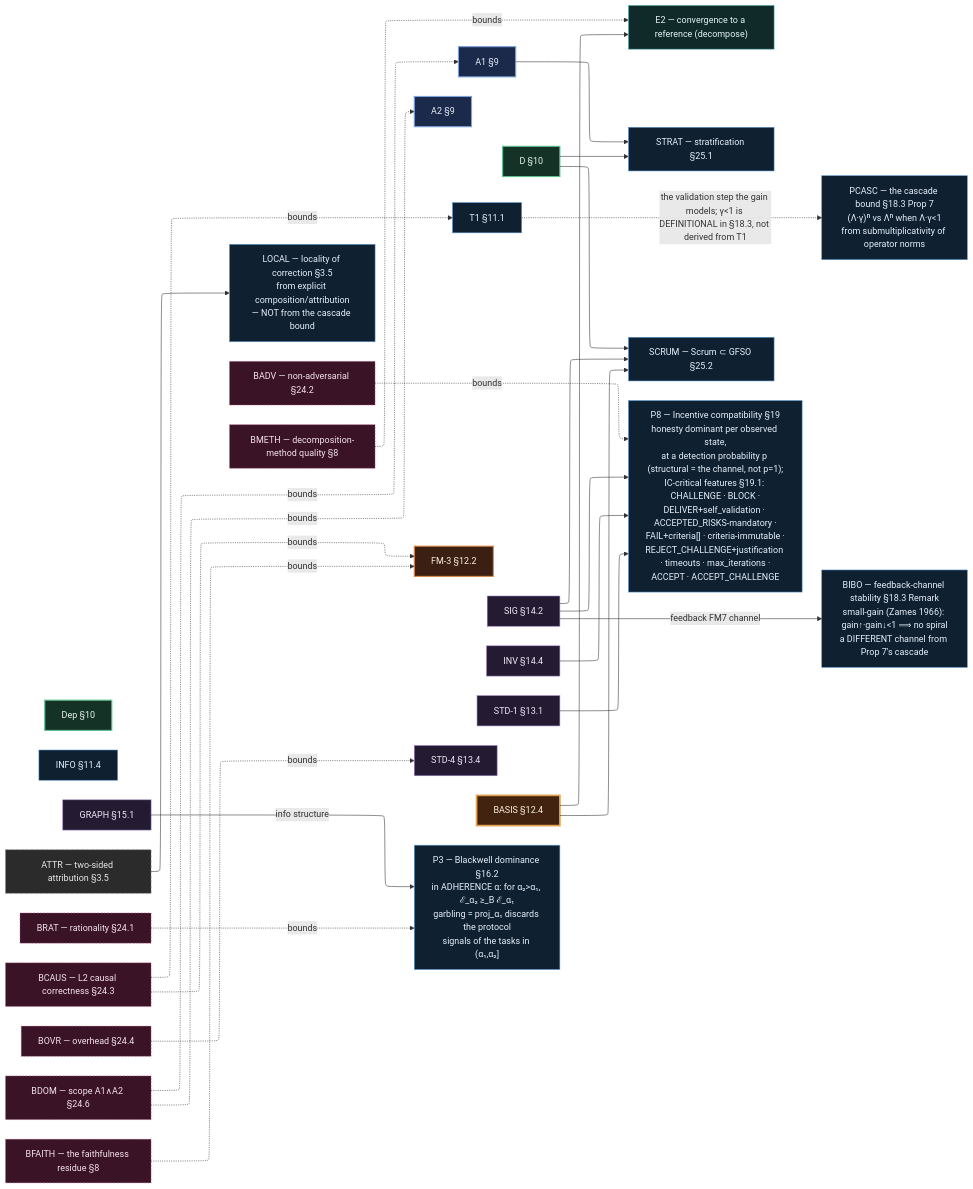
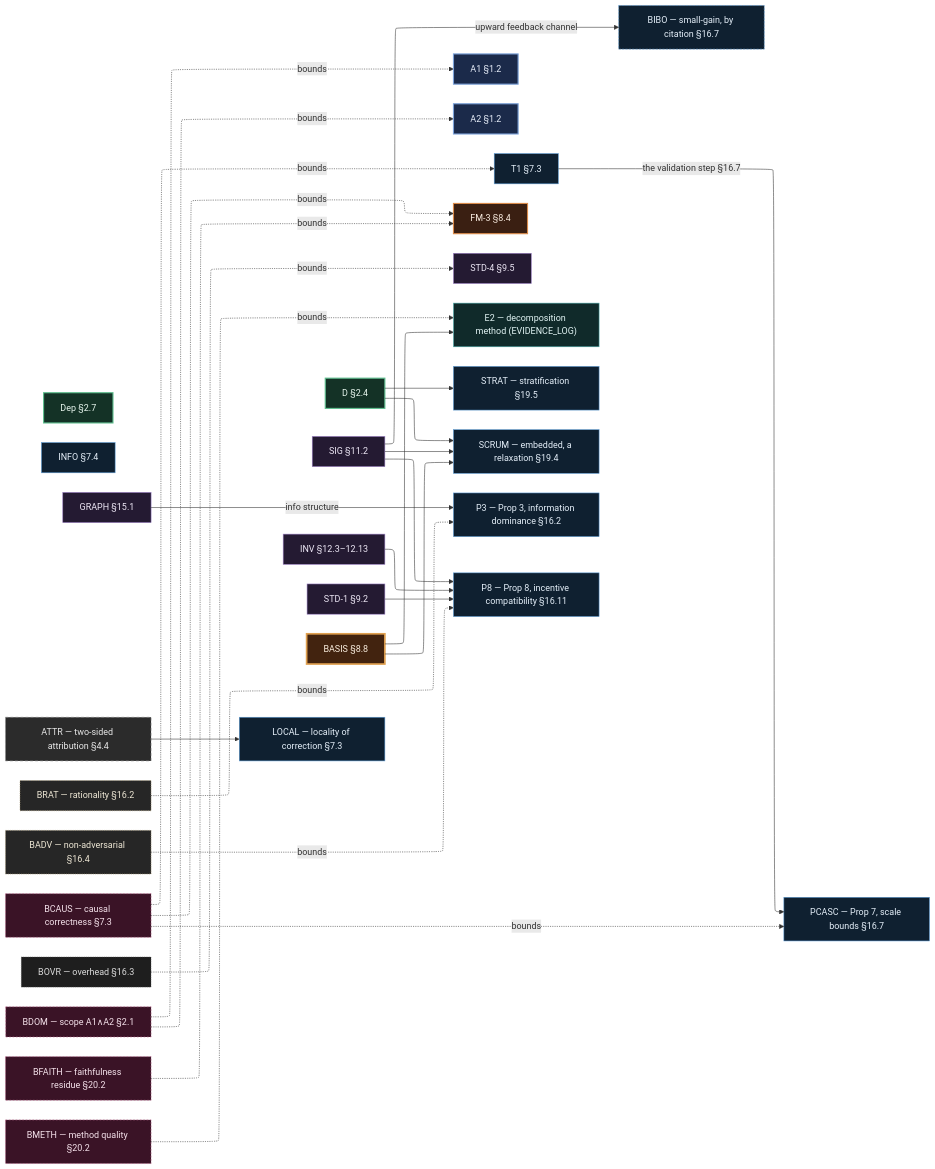
One commit to Kirill-Shokhin/GFSO changed the third of 5 diagrams in docs/gfso_dependency_map.md. Above: the diagram before and after it, drawn with Mermaid. The commit also changed other lines of this file and 57 other files, not shown here.

```diff
--- a/docs/gfso_dependency_map.md
+++ b/docs/gfso_dependency_map.md
@@ -341,63 +323,68 @@
   classDef fm fill:#3a1f12,stroke:#d98a4a,color:#fbeee2,stroke-width:2px;
   classDef guard fill:#241a32,stroke:#9b7fc4,color:#efe9f7;
   classDef bound fill:#3a1326,stroke:#c46a93,color:#f6e3ec,stroke-dasharray:3 3;
+  classDef premise fill:#262626,stroke:#b0a07a,color:#efe8d6,stroke-dasharray:2 2;
+  classDef around fill:#1e1e1e,stroke:#7a7a7a,color:#dcdcdc,stroke-dasharray:1 3;
   classDef emp fill:#102a2a,stroke:#4fb0b0,color:#e3f5f5;
   classDef basis fill:#42230f,stroke:#e0a050,color:#fdf1e2,stroke-width:3px;
   classDef ground fill:#2b2b2b,stroke:#8a8a8a,color:#e8e8e8,stroke-dasharray:5 4;
+  classDef cited fill:#0f2030,stroke:#5b9bd5,color:#e6f0fa,stroke-dasharray:4 2;
 
   %% light anchors
-  A1["A1 §9"]; A2["A2 §9"]; Dep["Dep §10"]; D["D §10"]
+  A1["A1 §1.2"]; A2["A2 §1.2"]; Dep["Dep §2.7"]; D["D §2.4"]
   class A1,A2 axiom
   class Dep,D prim
-  T1["T1 §11.1"]; INFO["INFO §11.4"]
+  T1["T1 §7.3"]; INFO["INFO §7.4"]
   class T1,INFO derived
-  FM3["FM-3 §12.2"]
+  FM3["FM-3 §8.4"]
   class FM3 fm
-  GRAPH["GRAPH §15.1"]; SIG["SIG §14.2"]; INV["INV §14.4"]; STD1["STD-1 §13.1"]; STD4["STD-4 §13.4"]; BASIS["BASIS §12.4"]
+  GRAPH["GRAPH §15.1"]; SIG["SIG §11.2"]; INV["INV §12.3–12.13"]; STD1["STD-1 §9.2"]; STD4["STD-4 §9.5"]; BASIS["BASIS §8.8"]
   class GRAPH,SIG,INV,STD1,STD4 guard
   class BASIS basis
-  ATTR["ATTR — two-sided attribution §3.5"]
+  ATTR["ATTR — two-sided attribution §4.4"]
   class ATTR ground
-  E2["E2 — convergence to a reference (decompose)"]
+  E2["E2 — decomposition method (EVIDENCE_LOG)"]
   class E2 emp
 
   %% derivative results
-  STRAT["STRAT — stratification §25.1"]
-  SCRUM["SCRUM — Scrum ⊂ GFSO §25.2"]
+  STRAT["STRAT — stratification §19.5"]
+  SCRUM["SCRUM — embedded, a relaxation §19.4"]
   class STRAT,SCRUM derived
 
-  %% Part III results
-  P3["P3 — Blackwell dominance §16.2<br/>in ADHERENCE α: for α₂&gt;α₁, ℰ_α₂ ≥_B ℰ_α₁<br/>garbling = proj_α₁ discards the protocol<br/>signals of the tasks in (α₁,α₂]"]
-  P8["P8 — Incentive compatibility §19<br/>honesty dominant per observed state,<br/>at a detection probability p (structural = the channel, not p=1);<br/>IC-critical features §19.1: CHALLENGE · BLOCK ·<br/>DELIVER+self_validation · ACCEPTED_RISKS-mandatory ·<br/>FAIL+criteria[] · criteria-immutable ·<br/>REJECT_CHALLENGE+justification · timeouts · max_iterations ·<br/>ACCEPT · ACCEPT_CHALLENGE"]
-  PCASC["PCASC — the cascade bound §18.3 Prop 7<br/>(Λ·γ)ⁿ vs Λⁿ when Λ·γ&lt;1<br/>from submultiplicativity of operator norms"]
-  BIBO["BIBO — feedback-channel stability §18.3 Remark<br/>small-gain (Zames 1966): gain↑·gain↓&lt;1 ⟹ no spiral<br/>a DIFFERENT channel from Prop 7's cascade"]
-  LOCAL["LOCAL — locality of correction §3.5<br/>from explicit composition/attribution<br/>— NOT from the cascade bound"]
-  class P3,P8,PCASC,BIBO,LOCAL derived
+  %% Ch. 16 results
+  P3["P3 — Prop 3, information dominance §16.2"]
+  P8["P8 — Prop 8, incentive compatibility §16.11"]
+  PCASC["PCASC — Prop 7, scale bounds §16.7"]
+  BIBO["BIBO — small-gain, by citation §16.7"]
+  LOCAL["LOCAL — locality of correction §7.3"]
+  class P3,P8,PCASC,LOCAL derived
+  class BIBO cited
 
-  %% boundaries
-  BRAT["BRAT — rationality §24.1"]
-  BADV["BADV — non-adversarial §24.2"]
-  BCAUS["BCAUS — L2 causal correctness §24.3"]
-  BOVR["BOVR — overhead §24.4"]
-  BDOM["BDOM — scope A1∧A2 §24.6"]
-  BFAITH["BFAITH — the faithfulness residue §8"]
-  BMETH["BMETH — decomposition-method quality §8"]
-  class BRAT,BADV,BCAUS,BOVR,BDOM,BFAITH,BMETH bound
+  %% premises of Ch. 16 (§20.5), boundaries of Ch. 20 (§20.8), around (§20.9)
+  BRAT["BRAT — rationality §16.2"]
+  BADV["BADV — non-adversarial §16.4"]
+  BCAUS["BCAUS — causal correctness §7.3"]
+  BOVR["BOVR — overhead §16.3"]
+  BDOM["BDOM — scope A1∧A2 §2.1"]
+  BFAITH["BFAITH — faithfulness residue §20.2"]
+  BMETH["BMETH — method quality §20.2"]
+  class BCAUS,BDOM,BFAITH,BMETH bound
+  class BRAT,BADV premise
+  class BOVR around
 
   %% derivatives
   D --> STRAT
-  A1 --> STRAT
   SIG --> SCRUM
   D --> SCRUM
   BASIS --> SCRUM
 
-  %% Part III results
+  %% Ch. 16 results
   GRAPH -->|info structure| P3
   SIG --> P8
   INV --> P8
   STD1 --> P8
-  T1 -.->|the validation step the gain models; γ&lt;1 is DEFINITIONAL in §18.3, not derived from T1| PCASC
-  SIG -->|feedback FM7 channel| BIBO
+  T1 -->|the validation step §16.7| PCASC
+  SIG -->|upward feedback channel| BIBO
   ATTR --> LOCAL
 
   %% E2 inherits completeness
@@ -408,6 +395,7 @@
   BADV -.->|bounds| P8
   BCAUS -.->|bounds| T1
   BCAUS -.->|bounds| FM3
+  BCAUS -.->|bounds| PCASC
   BOVR -.->|bounds| STD4
   BDOM -.->|bounds| A1
   BDOM -.->|bounds| A2
```
